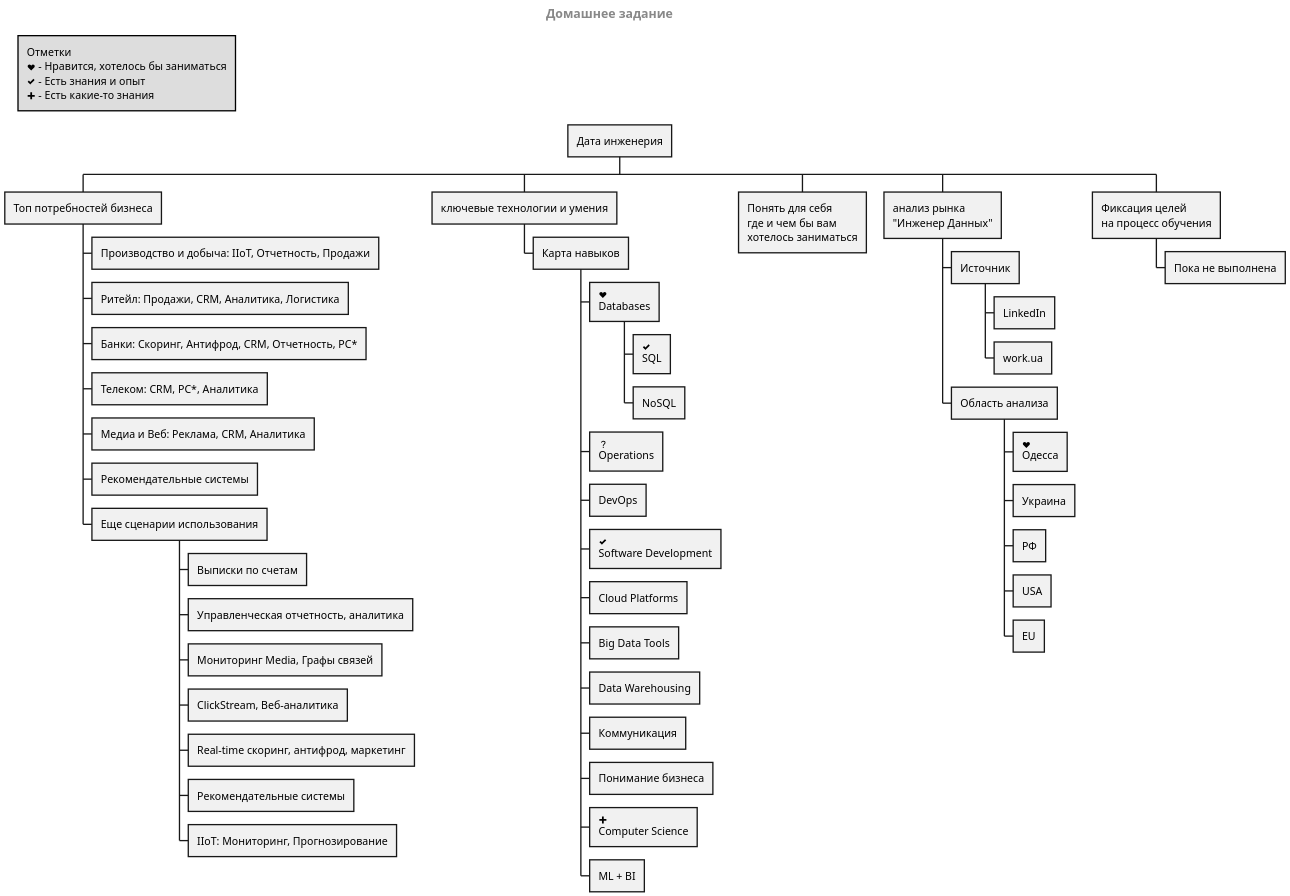
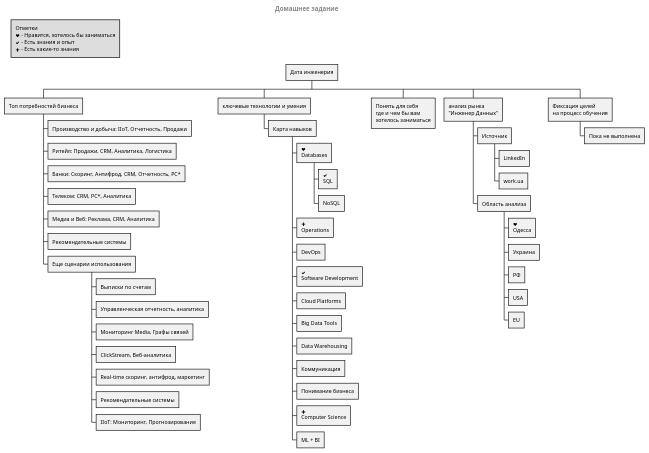
One commit to tol2000/dataengineerclub changed the diagram in home_exercises/ex1/diagram1.puml. Above: the diagram before and after it, drawn with PlantUML. The commit also changed 1 other file, not shown here.

```diff
--- a/home_exercises/ex1/diagram1.puml
+++ b/home_exercises/ex1/diagram1.puml
@@ -1,68 +1,66 @@
 @startwbs
-
-scale 2
 
 centerheader
 = Домашнее задание
 endheader
 
 legend top left
 Отметки
 <&heart> - Нравится, хотелось бы заниматься
 <&check> - Есть знания и опыт
 <&plus> - Есть какие-то знания
 endlegend
 
 * Дата инженерия
 
 ** Топ потребностей бизнеса
 *** Производство и добыча: IIoT, Отчетность, Продажи
 *** Ритейл: Продажи, CRM, Аналитика, Логистика
 *** Банки: Скоринг, Антифрод, CRM, Отчетность, РС*
 *** Телеком: CRM, РС*, Аналитика
 *** Медиа и Веб: Реклама, CRM, Аналитика
 *** Рекомендательные системы
 *** Еще сценарии использования
 **** Выписки по счетам
 **** Управленческая отчетность, аналитика
 **** Мониторинг Media, Графы связей
 **** ClickStream, Веб-аналитика
 **** Real-time скоринг, антифрод, маркетинг
 **** Рекомендательные системы
 **** IIoT: Мониторинг, Прогнозирование
 
 
 ** ключевые технологии и умения
 *** Карта навыков
 **** <&heart>\nDatabases
 ***** <&check>\nSQL
 ***** NoSQL
-**** <&question-mark>\nOperations
+**** <&plus>\nOperations
 **** DevOps
 **** <&check>\nSoftware Development
 **** Cloud Platforms
 **** Big Data Tools
 **** Data Warehousing
 **** Коммуникация
 **** Понимание бизнеса
 **** <&plus>\nComputer Science
 **** ML + BI
 
 
 ** Понять для себя\nгде и чем бы вам\nхотелось заниматься
 
 ** анализ рынка\n"Инженер Данных"
 *** Источник
 **** LinkedIn
 **** work.ua
 *** Область анализа
 **** <&heart>\nОдесса
 **** Украина
 **** РФ
 **** USA
 **** EU
 
 ** Фиксация целей\nна процесс обучения
 *** Пока не выполнена
 
 @endwbs
```
